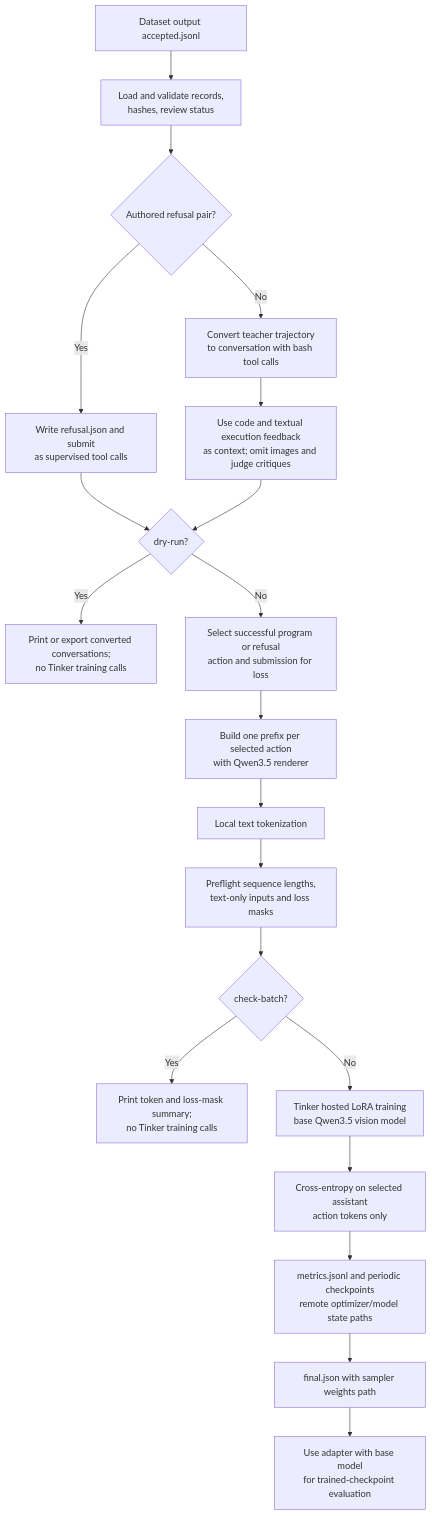
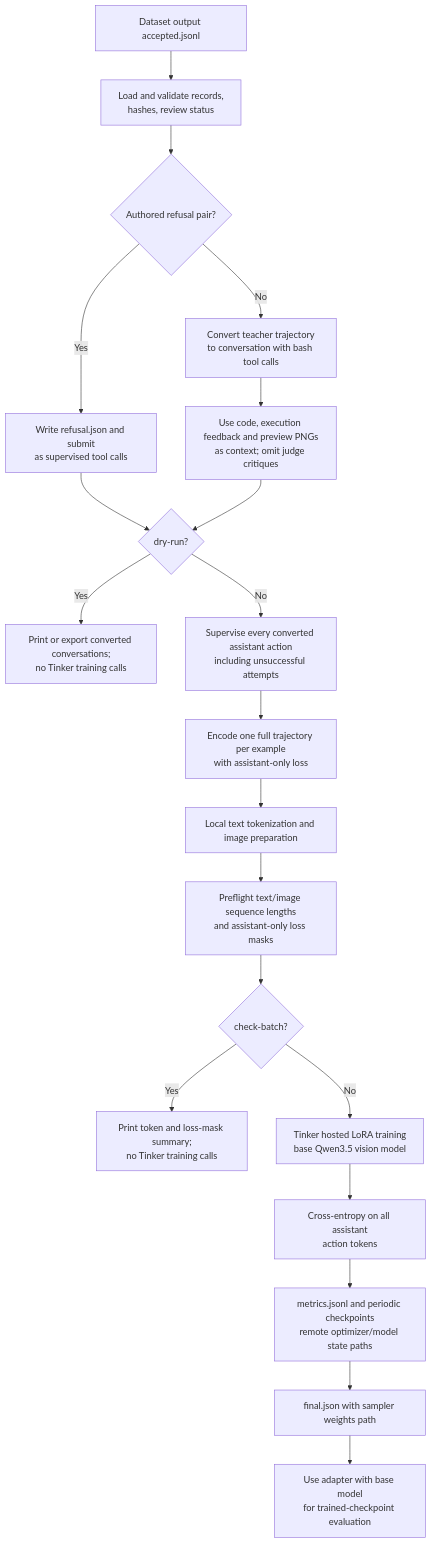
The third of 3 diagrams in docs/pipeline-diagrams.md (RashikShahjahan/artsy-fartsy), drawn with Mermaid before and after one commit. The commit also changed other lines of this file and 4 other files, not shown here.

Commit message:
Train agent SFT on full trajectories with preview images

````diff
--- a/docs/pipeline-diagrams.md
+++ b/docs/pipeline-diagrams.md
@@ -97,22 +97,22 @@
 ```mermaid
 flowchart TD
     A[Dataset output accepted.jsonl] --> B[Load and validate records,<br/>hashes, review status]
     B --> P{Authored refusal pair?}
     P -- Yes --> X[Write refusal.json and submit<br/>as supervised tool calls]
     X --> Q
     P -- No --> C[Convert teacher trajectory<br/>to conversation with bash tool calls]
-    C --> D[Use code and textual execution feedback<br/>as context; omit images and judge critiques]
+    C --> D[Use code, execution feedback and preview PNGs<br/>as context; omit judge critiques]
     D --> Q{dry-run?}
     Q -- Yes --> J[Print or export converted conversations;<br/>no Tinker training calls]
-    Q -- No --> E[Select successful program or refusal<br/>action and submission for loss]
-    E --> F[Build one prefix per selected action<br/>with Qwen3.5 renderer]
-    F --> G[Local text tokenization]
-    G --> H[Preflight sequence lengths,<br/>text-only inputs and loss masks]
+    Q -- No --> E[Supervise every converted assistant action<br/>including unsuccessful attempts]
+    E --> F[Encode one full trajectory per example<br/>with assistant-only loss]
+    F --> G[Local text tokenization and image preparation]
+    G --> H[Preflight text/image sequence lengths<br/>and assistant-only loss masks]
     H --> I{check-batch?}
     I -- Yes --> R[Print token and loss-mask summary;<br/>no Tinker training calls]
     I -- No --> K[Tinker hosted LoRA training<br/>base Qwen3.5 vision model]
-    K --> L[Cross-entropy on selected assistant<br/>action tokens only]
+    K --> L[Cross-entropy on all assistant<br/>action tokens]
     L --> M[metrics.jsonl and periodic checkpoints<br/>remote optimizer/model state paths]
     M --> N[final.json with sampler weights path]
     N --> O[Use adapter with base model<br/>for trained-checkpoint evaluation]
 ```
````
